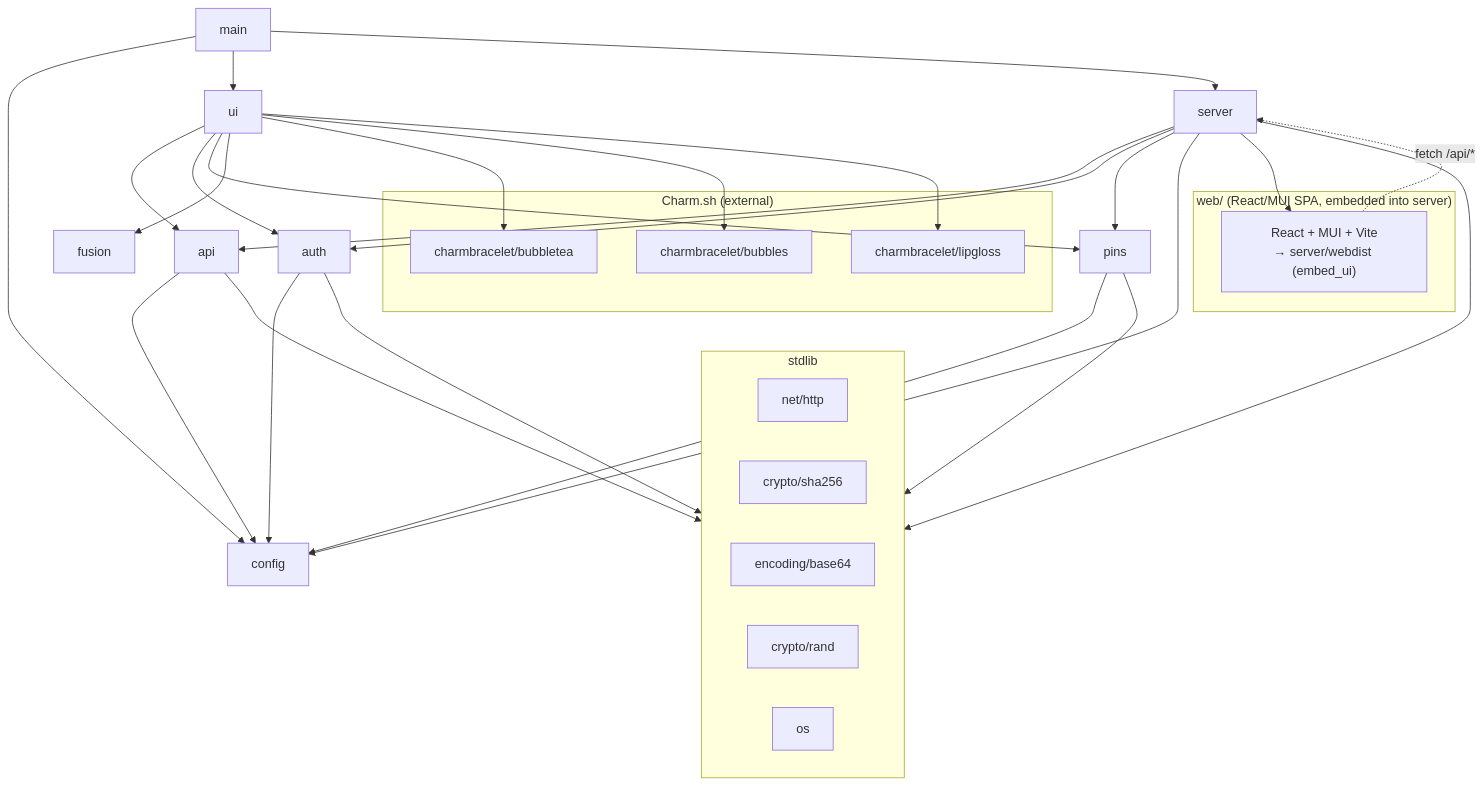
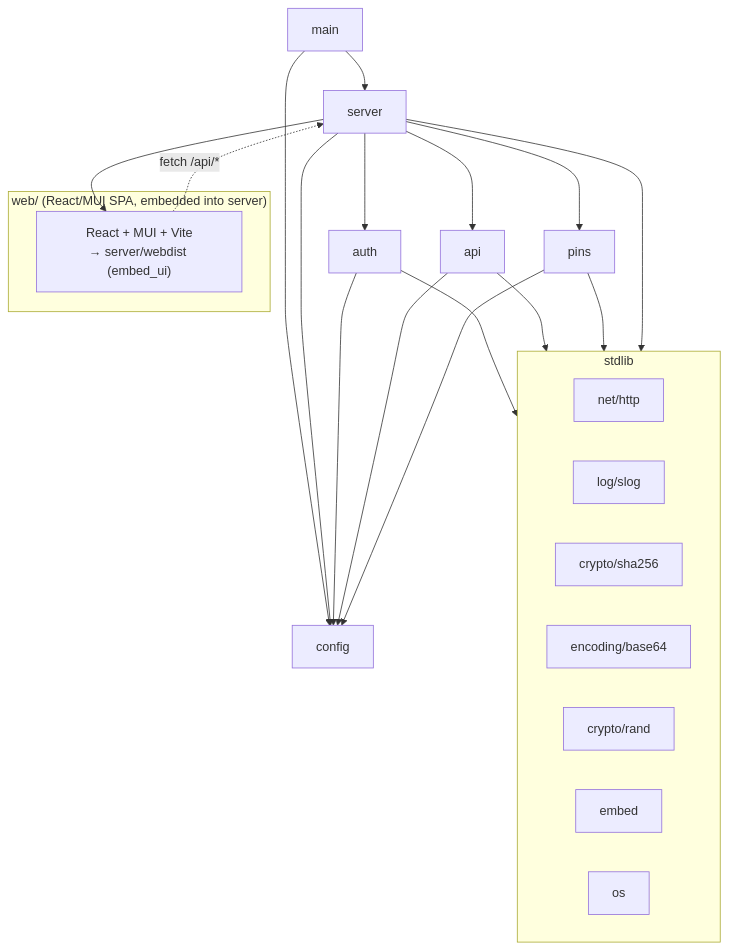
One commit to schneik80/fusionlocalserver changed the fourth of 7 diagrams in docs/architecture.md. Above: the diagram before and after it, drawn with Mermaid. The commit also changed other lines of this file and 13 other files, not shown here.

````diff
--- a/docs/architecture.md
+++ b/docs/architecture.md
@@ -132,50 +144,36 @@
 ```mermaid
 graph TD
     main --> config
-    main --> ui
     main --> server
-
-    ui --> api
-    ui --> auth
-    ui --> pins
-    ui --> fusion
 
     server --> api
     server --> auth
     server --> pins
     server --> config
 
     auth --> config
     api --> config
     pins --> config
 
     subgraph stdlib
         net/http
+        log/slog
         crypto/sha256
         encoding/base64
         crypto/rand
+        embed
         os
     end
 
     auth --> stdlib
     api --> stdlib
     pins --> stdlib
     server --> stdlib
 
-    subgraph charm["Charm.sh (external)"]
-        bubbletea["charmbracelet/bubbletea"]
-        bubbles["charmbracelet/bubbles"]
-        lipgloss["charmbracelet/lipgloss"]
-    end
-
-    ui --> bubbletea
-    ui --> bubbles
-    ui --> lipgloss
-
     subgraph web["web/ (React/MUI SPA, embedded into server)"]
         spa["React + MUI + Vite\n→ server/webdist (embed_ui)"]
     end
 
     server --> spa
     spa -. "fetch /api/*" .-> server
 ```
````
